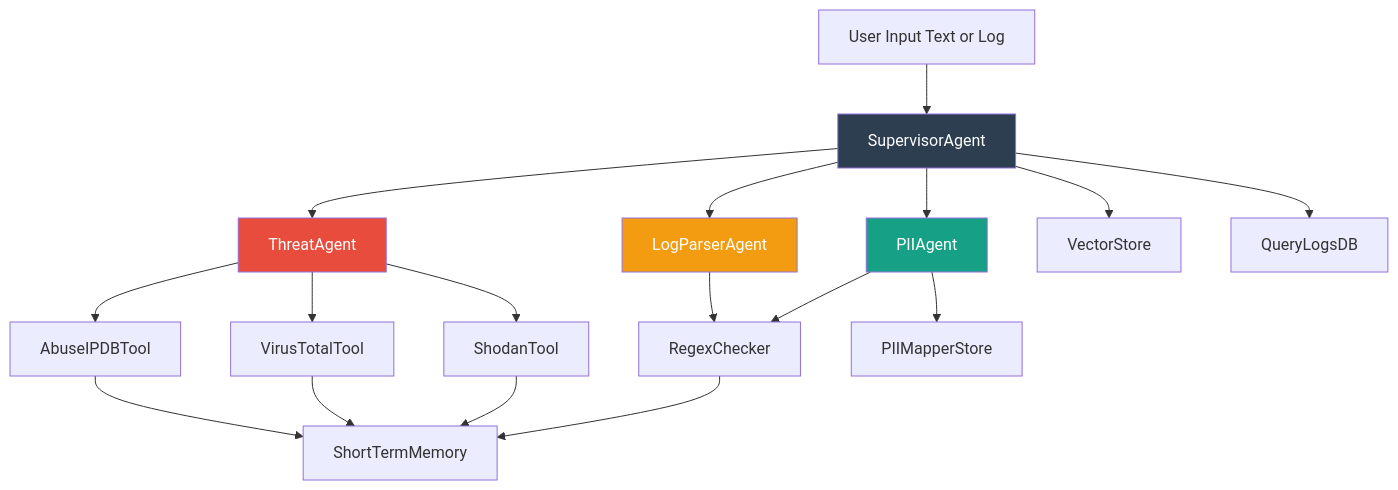
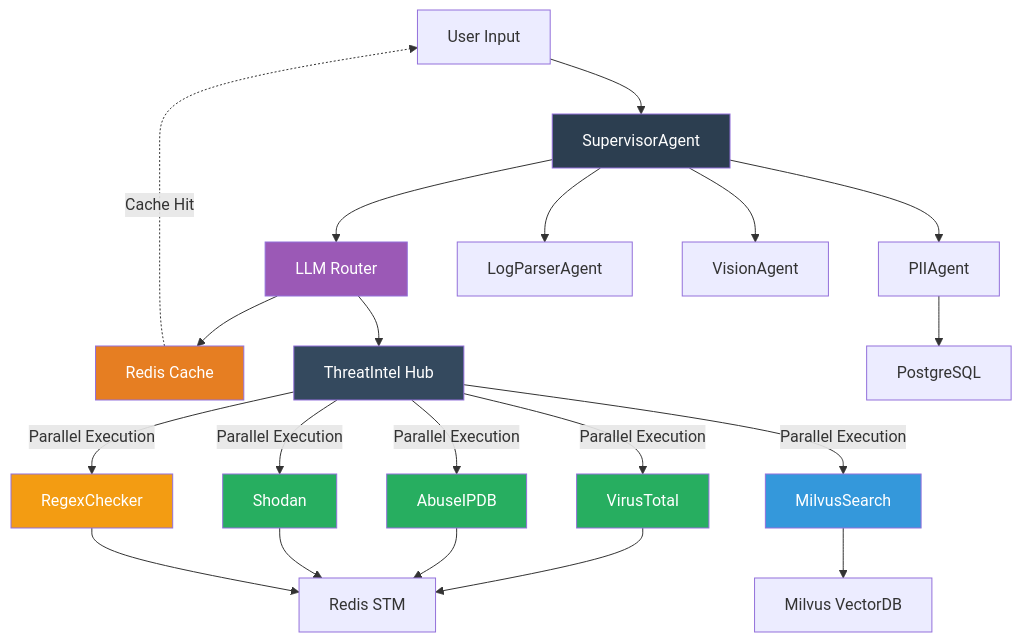
The diagram in README.md (chintamanil/cybershield), drawn with Mermaid before and after one commit. The commit also changed other lines of this file and 36 other files, not shown here.

````diff
--- a/README.md
+++ b/README.md
@@ -7,41 +16,57 @@
 ```mermaid
 graph TD
-    U1[User Input Text or Log]
+    U1[User Input]
+    LLM[LLM Router]
+    CACHE[Redis Cache]
+
     A1[SupervisorAgent]
+    TI[ThreatIntel Hub]
+
+    T1[VirusTotal]
+    T2[AbuseIPDB]
+    T3[Shodan]
+    T4[MilvusSearch]
+    T5[RegexChecker]
+
     A2[PIIAgent]
-    A3[ThreatAgent]
     A4[LogParserAgent]
-    T1[RegexChecker]
-    T2[ShodanTool]
-    T3[VirusTotalTool]
-    T4[AbuseIPDBTool]
-    M1[ShortTermMemory]
-    M2[PIIMapperStore]
-    V1[VectorStore]
-    DB1[QueryLogsDB]
+    A5[VisionAgent]
+
+    M1[Redis STM]
+    V1[Milvus VectorDB]
+    DB1[PostgreSQL]
 
     U1 --> A1
-    A1 --> A2
-    A1 --> A4
-    A1 --> A3
+    A1 --> LLM
+    LLM --> CACHE
+    CACHE -.->|Cache Hit| U1
 
-    A2 --> T1
-    A3 --> T2
-    A3 --> T3
-    A3 --> T4
-    A4 --> T1
+    LLM --> TI
+    TI -->|Parallel Execution| T1
+    TI -->|Parallel Execution| T2
+    TI -->|Parallel Execution| T3
+    TI -->|Parallel Execution| T4
+    TI -->|Parallel Execution| T5
 
     T1 --> M1
     T2 --> M1
     T3 --> M1
-    T4 --> M1
+    T4 --> V1
+    T5 --> M1
 
-    A2 --> M2
-    A1 --> V1
-    A1 --> DB1
+    A1 --> A2
+    A1 --> A4
+    A1 --> A5
+
+    A2 --> DB1
 
     style A1 fill:#2c3e50, color:#ffffff
-    style A2 fill:#16a085, color:#ffffff
-    style A3 fill:#e74c3c, color:#ffffff
-    style A4 fill:#f39c12, color:#ffffff
+    style LLM fill:#9b59b6, color:#ffffff
+    style CACHE fill:#e67e22, color:#ffffff
+    style TI fill:#34495e, color:#ffffff
+    style T1 fill:#27ae60, color:#ffffff
+    style T2 fill:#27ae60, color:#ffffff
+    style T3 fill:#27ae60, color:#ffffff
+    style T4 fill:#3498db, color:#ffffff
+    style T5 fill:#f39c12, color:#ffffff
 ```
````
